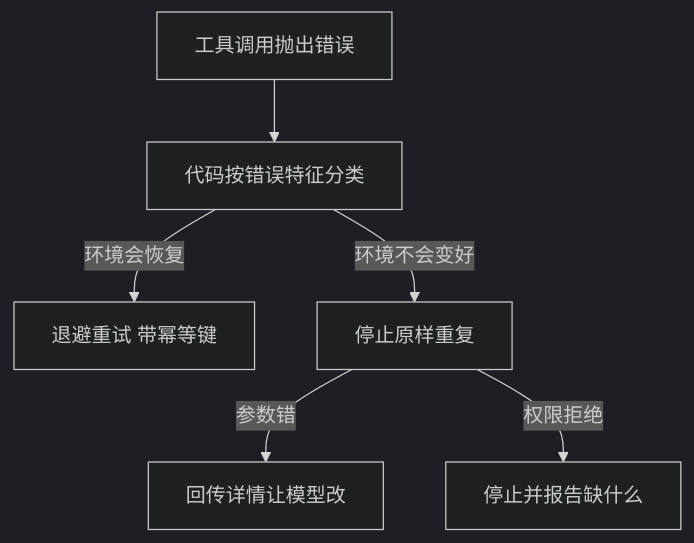
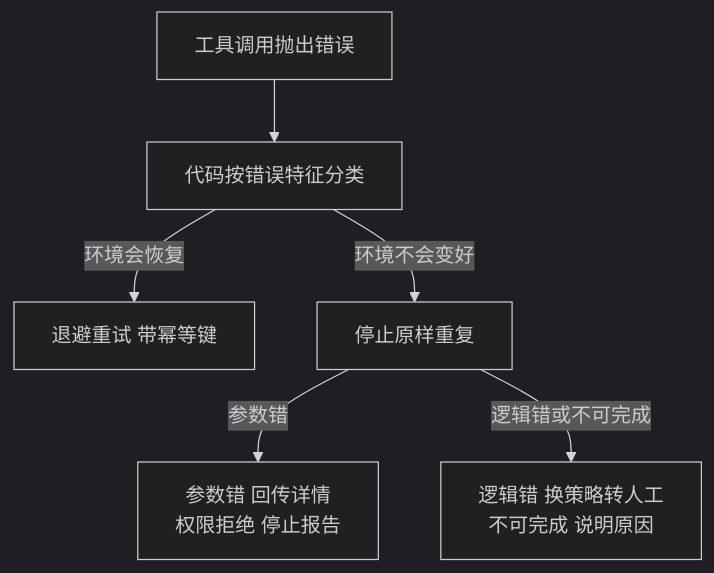
One commit to hub138/technical-knowledge changed the second of 3 diagrams in vault/工程知识/AI 系统工程：从模型能力到生产能力/质量与运营/失败要分类才能对症下药.md. Above: the diagram before and after it, drawn with Mermaid (dark theme). The commit also changed other lines of this file and 622 other files, not shown here.

````diff
--- a/vault/工程知识/AI 系统工程：从模型能力到生产能力/质量与运营/失败要分类才能对症下药.md
+++ b/vault/工程知识/AI 系统工程：从模型能力到生产能力/质量与运营/失败要分类才能对症下药.md
@@ -70,8 +92,8 @@
 ```mermaid
 graph TD
     A["工具调用抛出错误"] --> B["代码按错误特征分类"]
-    B -->|环境会恢复| C["退避重试 带幂等键"]
-    B -->|环境不会变好| D["停止原样重复"]
-    D -->|参数错| E["回传详情让模型改"]
-    D -->|权限拒绝| F["停止并报告缺什么"]
+    B -->|"环境会恢复"| C["退避重试 带幂等键"]
+    B -->|"环境不会变好"| D["停止原样重复"]
+    D -->|"参数错"| E["参数错 回传详情<br/>权限拒绝 停止报告"]
+    D -->|"逻辑错或不可完成"| F["逻辑错 换策略转人工<br/>不可完成 说明原因"]
 ```
````
